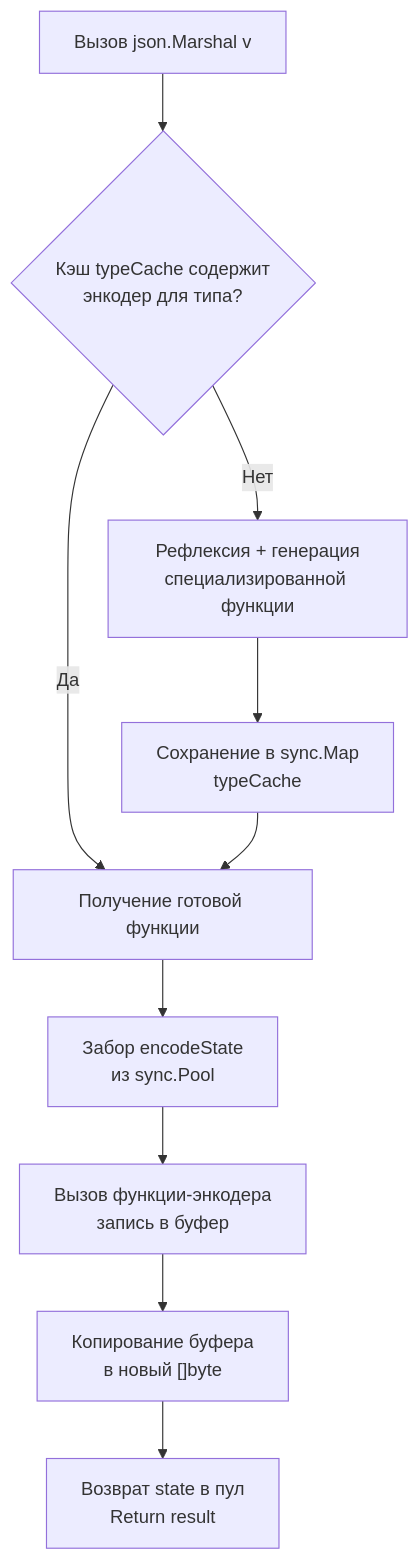
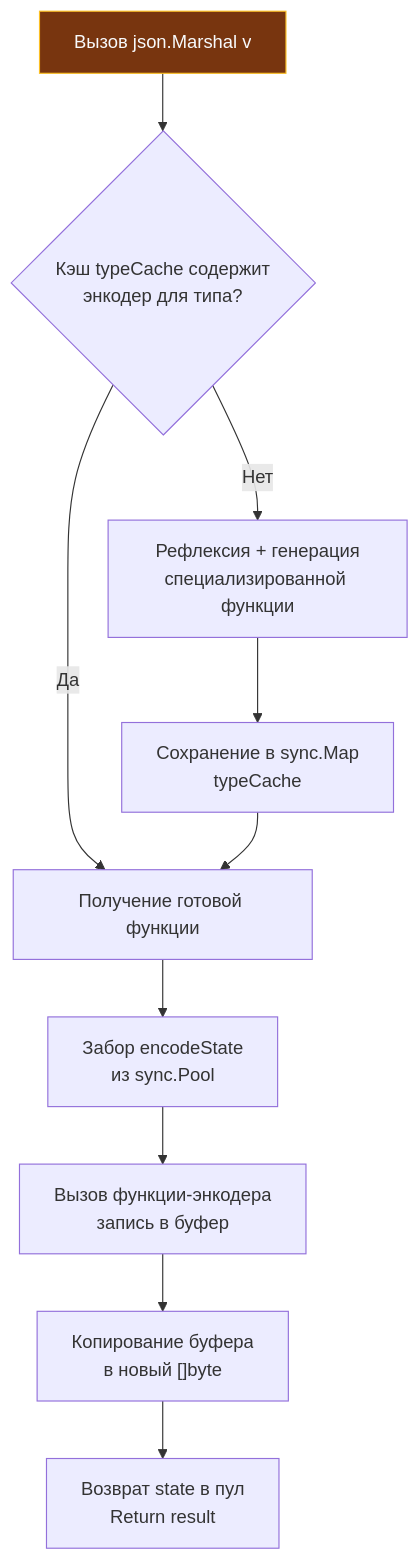
Before and after one commit to UnrealTemplier/go-textbook: the diagram in sources/6. Стандартная библиотека Go/29. encoding_json. JSON в стандартной библиотеке.md, drawn with Mermaid. The commit also changed 1666 other files, not shown here.

First line of the commit message:
feat(mermaid): add semantic color classDef to 1369 colorless flowchart/graph diagrams

````diff
--- a/sources/6. Стандартная библиотека Go/29. encoding_json. JSON в стандартной библиотеке.md
+++ b/sources/6. Стандартная библиотека Go/29. encoding_json. JSON в стандартной библиотеке.md
@@ -17,12 +17,22 @@
 ```mermaid
 flowchart TD
-    A["Вызов json.Marshal v"] --> B{"Кэш typeCache содержит<br>энкодер для типа?"}
+    classDef process  fill:#1e293b,stroke:#38bdf8,stroke-width:1px,color:#f8fafc
+    classDef success  fill:#064e3b,stroke:#34d399,stroke-width:1px,color:#f8fafc
+    classDef error    fill:#7f1d1d,stroke:#f87171,stroke-width:1px,color:#f8fafc
+    classDef warning  fill:#78350f,stroke:#fbbf24,stroke-width:1px,color:#f8fafc
+    classDef entry    fill:#1e3a5f,stroke:#38bdf8,stroke-width:2px,color:#f8fafc
+    classDef aux      fill:#334155,stroke:#64748b,stroke-width:1px,color:#f8fafc
+    classDef system   fill:#312e81,stroke:#a78bfa,stroke-width:1px,color:#f8fafc
+    classDef data     fill:#132d29,stroke:#2dd4bf,stroke-width:1px,color:#f8fafc
+    classDef network  fill:#881337,stroke:#fb7185,stroke-width:1px,color:#f8fafc
+    classDef accent   fill:#1e1b4b,stroke:#818cf8,stroke-width:1px,color:#f8fafc
+    A["Вызов json.Marshal v"]:::warning --> B{"Кэш typeCache содержит<br>энкодер для типа?"}
     B -->|Нет| C["Рефлексия + генерация<br>специализированной функции"]
     C --> D["Сохранение в sync.Map<br>typeCache"]
     B -->|Да| E["Получение готовой функции"]
     D --> E
     E --> F["Забор encodeState<br>из sync.Pool"]
     F --> G["Вызов функции-энкодера<br>запись в буфер"]
     G --> H["Копирование буфера<br>в новый []byte"]
     H --> I["Возврат state в пул<br>Return result"]
 ```
````
